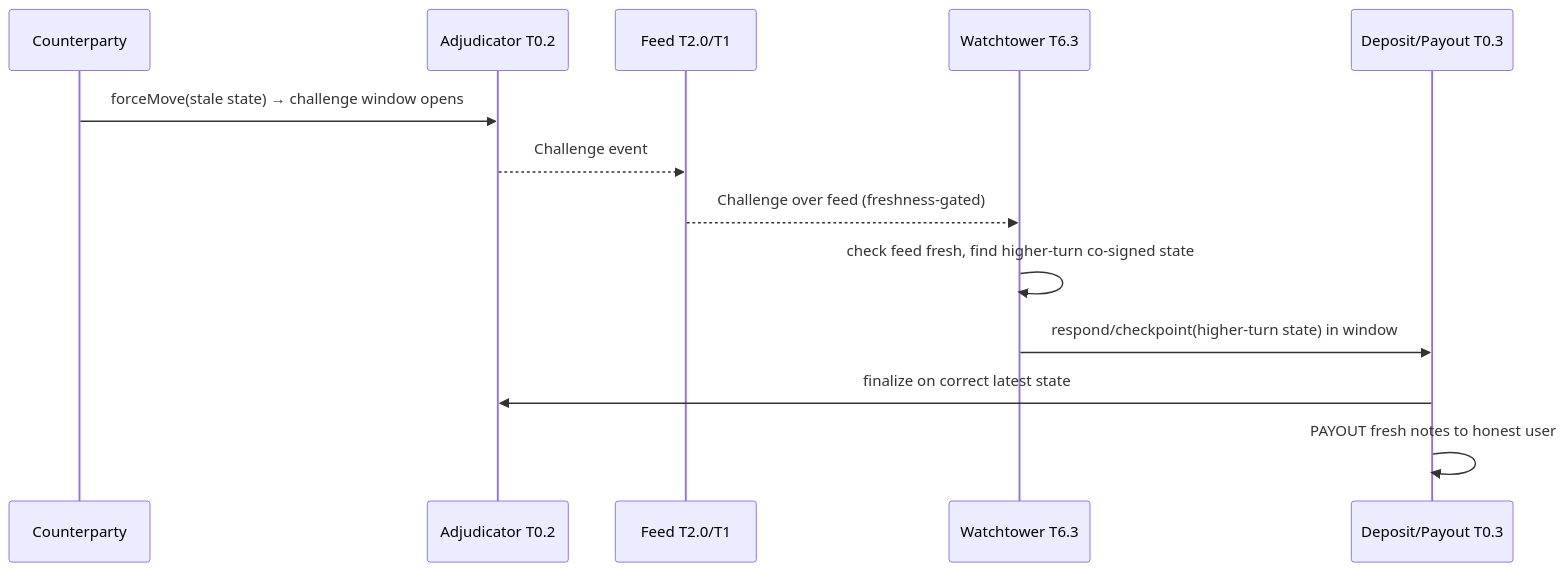
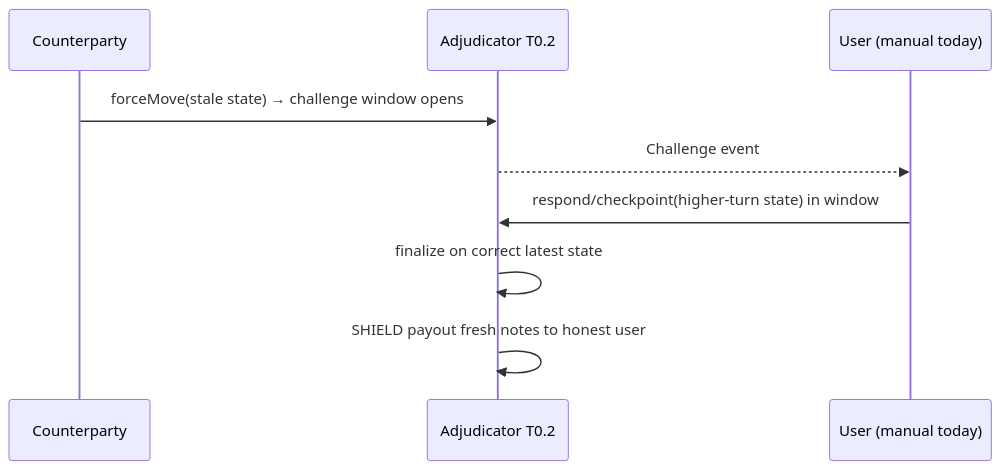
One commit to AFDudley/armada-laconic changed the third of 4 diagrams in engineering/06-runtime-view.md. Above: the diagram before and after it, drawn with Mermaid. The commit also changed other lines of this file and 5 other files, not shown here.

````diff
--- a/engineering/06-runtime-view.md
+++ b/engineering/06-runtime-view.md
@@ -71,15 +109,11 @@
 ```mermaid
 sequenceDiagram
   participant C as Counterparty
   participant N as Adjudicator T0.2
-  participant F as Feed T2.0/T1
-  participant WT as Watchtower T6.3
-  participant D as Deposit/Payout T0.3
+  participant U as User (manual today)
   C->>N: forceMove(stale state) → challenge window opens
-  N-->>F: Challenge event
-  F-->>WT: Challenge over feed (freshness-gated)
-  WT->>WT: check feed fresh, find higher-turn co-signed state
-  WT->>D: respond/checkpoint(higher-turn state) in window
-  D->>N: finalize on correct latest state
-  D->>D: PAYOUT fresh notes to honest user
+  N-->>U: Challenge event
+  U->>N: respond/checkpoint(higher-turn state) in window
+  N->>N: finalize on correct latest state
+  N->>N: SHIELD payout fresh notes to honest user
 ```
````
